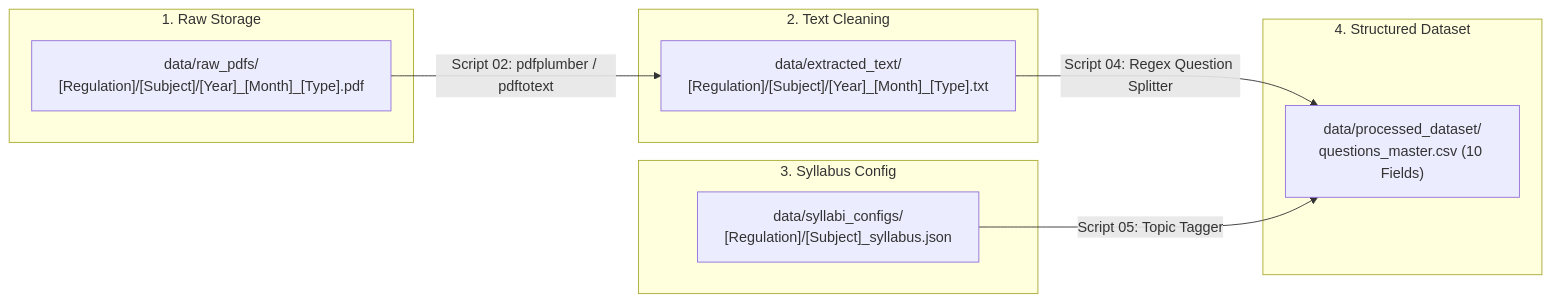
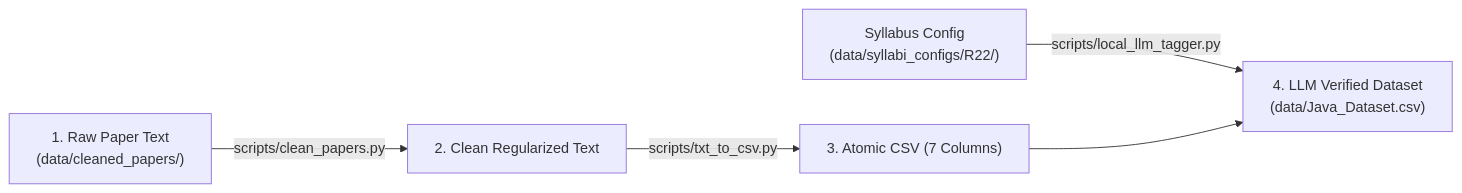
Before and after one commit to Bhakti-del/data_collection: the diagram in docs/directory_structure_and_storage.md, drawn with Mermaid. The commit also changed other lines of this file and 7 other files, not shown here.

````diff
--- a/docs/directory_structure_and_storage.md
+++ b/docs/directory_structure_and_storage.md
@@ -91,22 +64,7 @@
 ```mermaid
 flowchart LR
-    subgraph RawLayer ["1. Raw Storage"]
-        RawPDF["data/raw_pdfs/<br/>[Regulation]/[Subject]/[Year]_[Month]_[Type].pdf"]
-    end
-
-    subgraph TextLayer ["2. Text Cleaning"]
-        CleanTXT["data/extracted_text/<br/>[Regulation]/[Subject]/[Year]_[Month]_[Type].txt"]
-    end
-
-    subgraph ConfigLayer ["3. Syllabus Config"]
-        SyllabusJSON["data/syllabi_configs/<br/>[Regulation]/[Subject]_syllabus.json"]
-    end
-
-    subgraph FinalLayer ["4. Structured Dataset"]
-        MasterCSV["data/processed_dataset/<br/>questions_master.csv (10 Fields)"]
-    end
-
-    RawPDF -->|Script 02: pdfplumber / pdftotext| CleanTXT
-    CleanTXT -->|Script 04: Regex Question Splitter| MasterCSV
-    SyllabusJSON -->|Script 05: Topic Tagger| MasterCSV
+    RawTXT["1. Raw Paper Text<br/>(data/cleaned_papers/)"] -->|scripts/clean_papers.py| CleanTXT["2. Clean Regularized Text"]
+    CleanTXT -->|scripts/txt_to_csv.py| Segmented["3. Atomic CSV (7 Columns)"]
+    SyllabusJSON["Syllabus Config<br/>(data/syllabi_configs/R22/)"] -->|scripts/local_llm_tagger.py| VerifiedCSV["4. LLM Verified Dataset<br/>(data/Java_Dataset.csv)"]
+    Segmented --> VerifiedCSV
 ```
````
